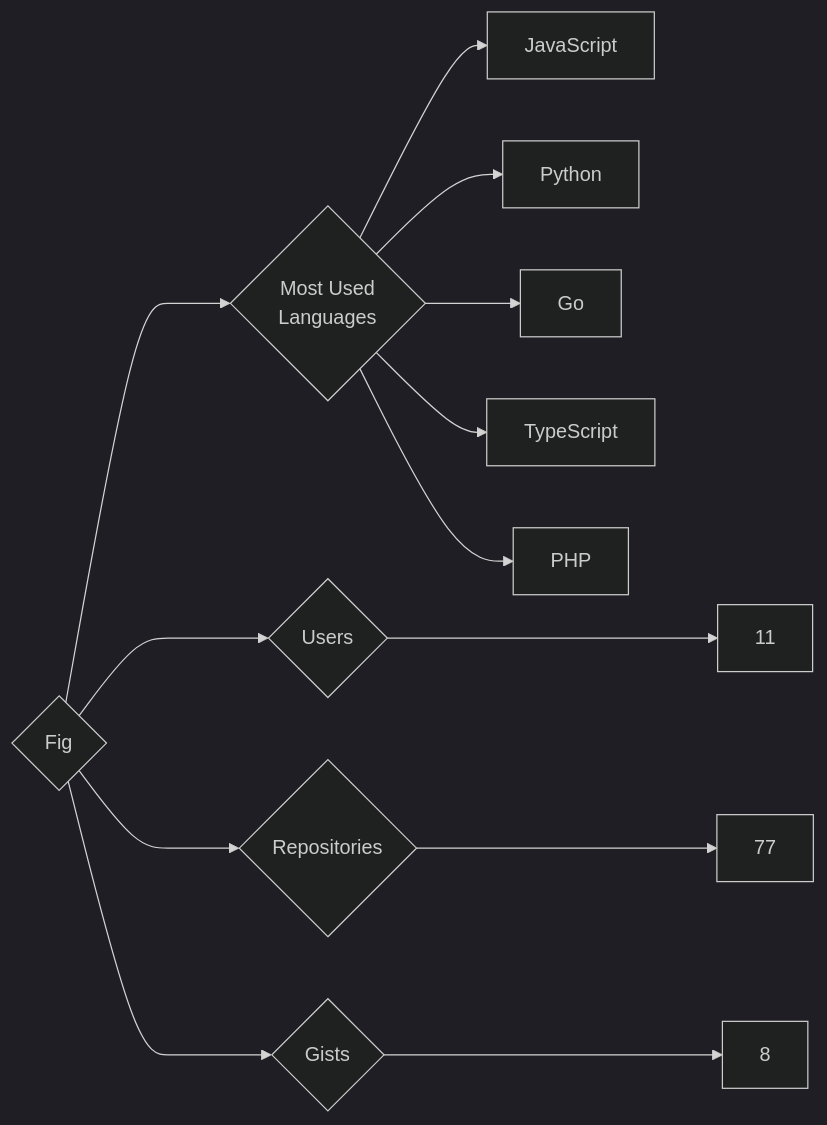
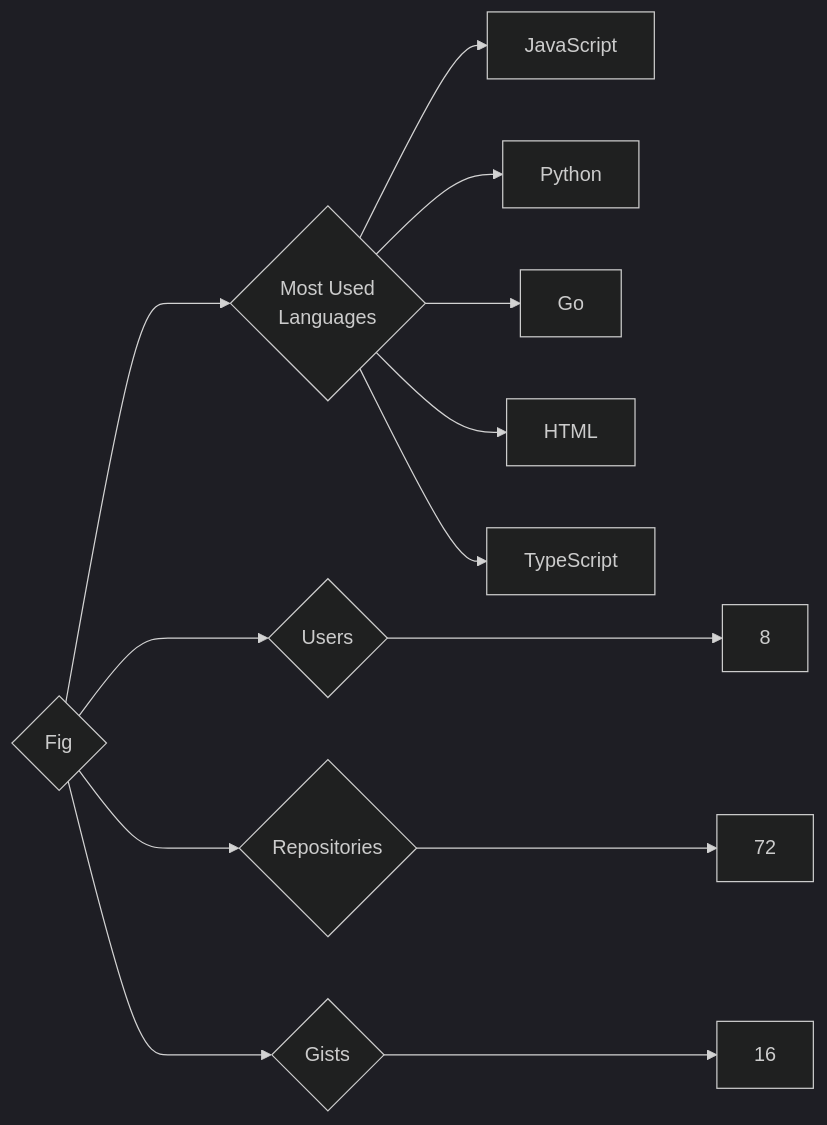
One commit to trickest/insiders changed the diagram in targets/Fig/README.md. Above: the diagram before and after it, drawn with Mermaid (dark theme). The commit also changed 1084 other files, not shown here.

````diff
--- a/targets/Fig/README.md
+++ b/targets/Fig/README.md
@@ -3,13 +3,13 @@
 ```mermaid
 graph LR
 COMPANY_NAME{Fig}
-COMPANY_NAME ---> U{Users} ---> UN[11]
-COMPANY_NAME ---> R{Repositories} ---> RN[77]
-COMPANY_NAME ---> G{Gists} ---> GN[8]
+COMPANY_NAME ---> U{Users} ---> UN[8]
+COMPANY_NAME ---> R{Repositories} ---> RN[72]
+COMPANY_NAME ---> G{Gists} ---> GN[16]
 COMPANY_NAME ---> ML{Most Used<br>Languages}
 ML --> JavaScript[JavaScript]
 ML --> Python[Python]
 ML --> Go[Go]
+ML --> HTML[HTML]
 ML --> TypeScript[TypeScript]
-ML --> PHP[PHP]
 ```
````
